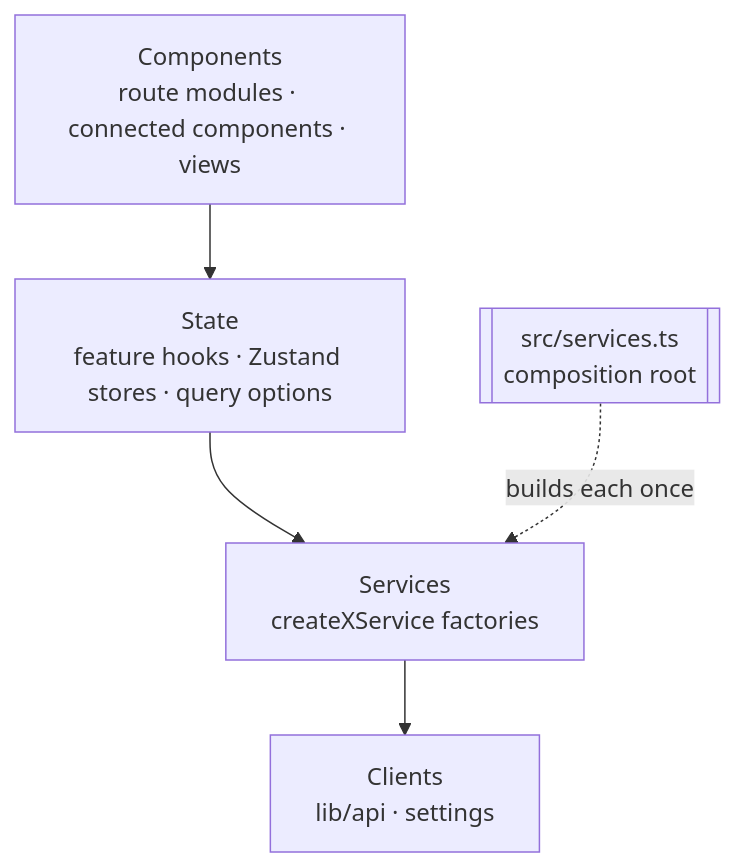
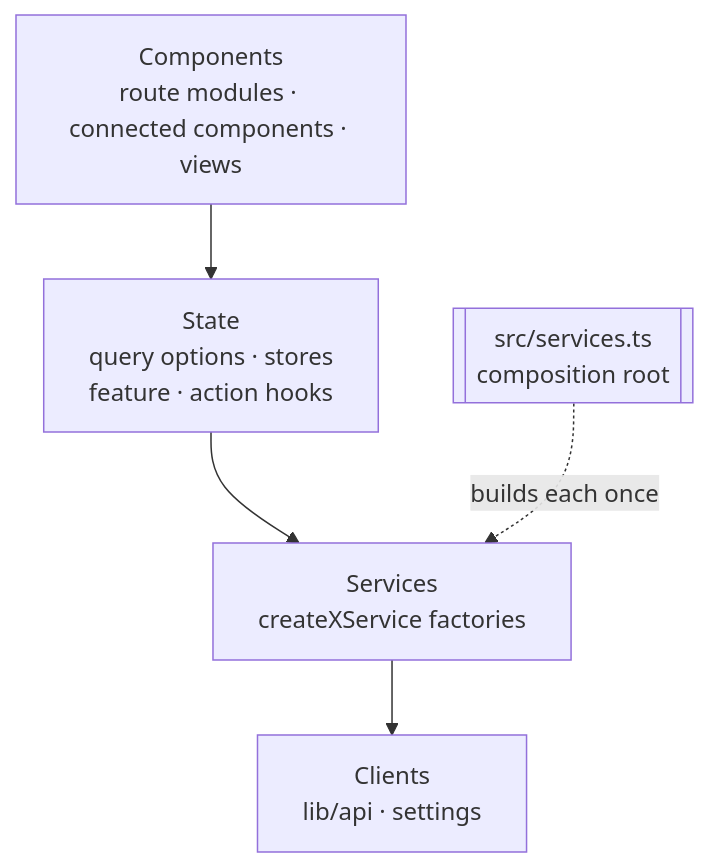
The first of 2 diagrams in docs/services-and-state.md (andwrobs/app-template), drawn with Mermaid before and after one commit. The commit also changed other lines of this file and 37 other files, not shown here.

````diff
--- a/docs/services-and-state.md
+++ b/docs/services-and-state.md
@@ -8,13 +8,13 @@
 ```mermaid
 flowchart TD
     components["Components<br/>route modules · connected components · views"]
-    state["State<br/>feature hooks · Zustand stores · query options"]
+    state["State<br/>query options · stores<br/>feature · action hooks"]
     services["Services<br/>createXService factories"]
     clients["Clients<br/>lib/api · settings"]
     root[["src/services.ts<br/>composition root"]]
 
     components --> state
     state --> services
     services --> clients
     root -. builds each once .-> services
 ```
````
